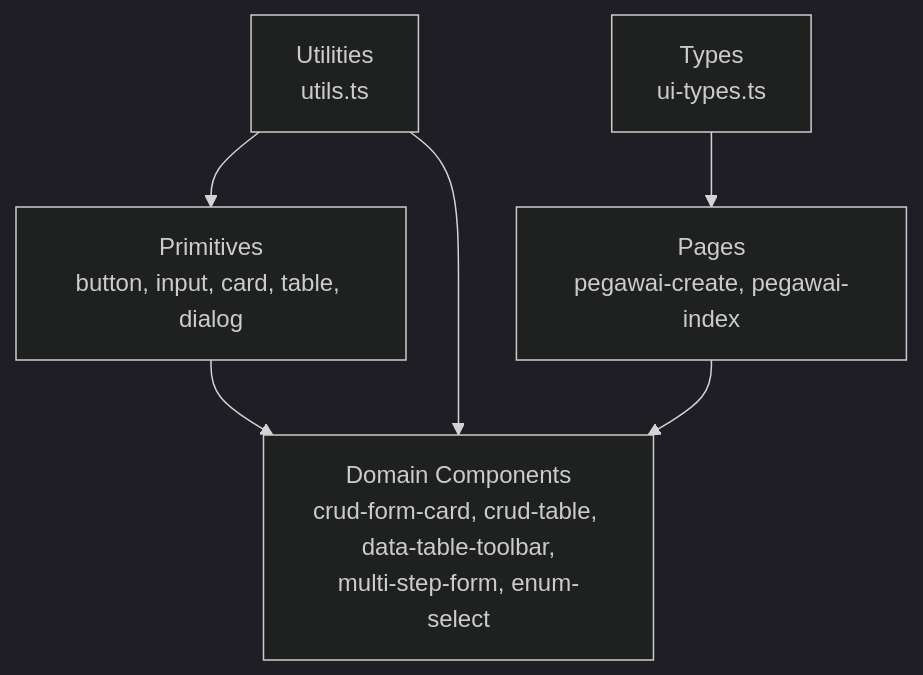
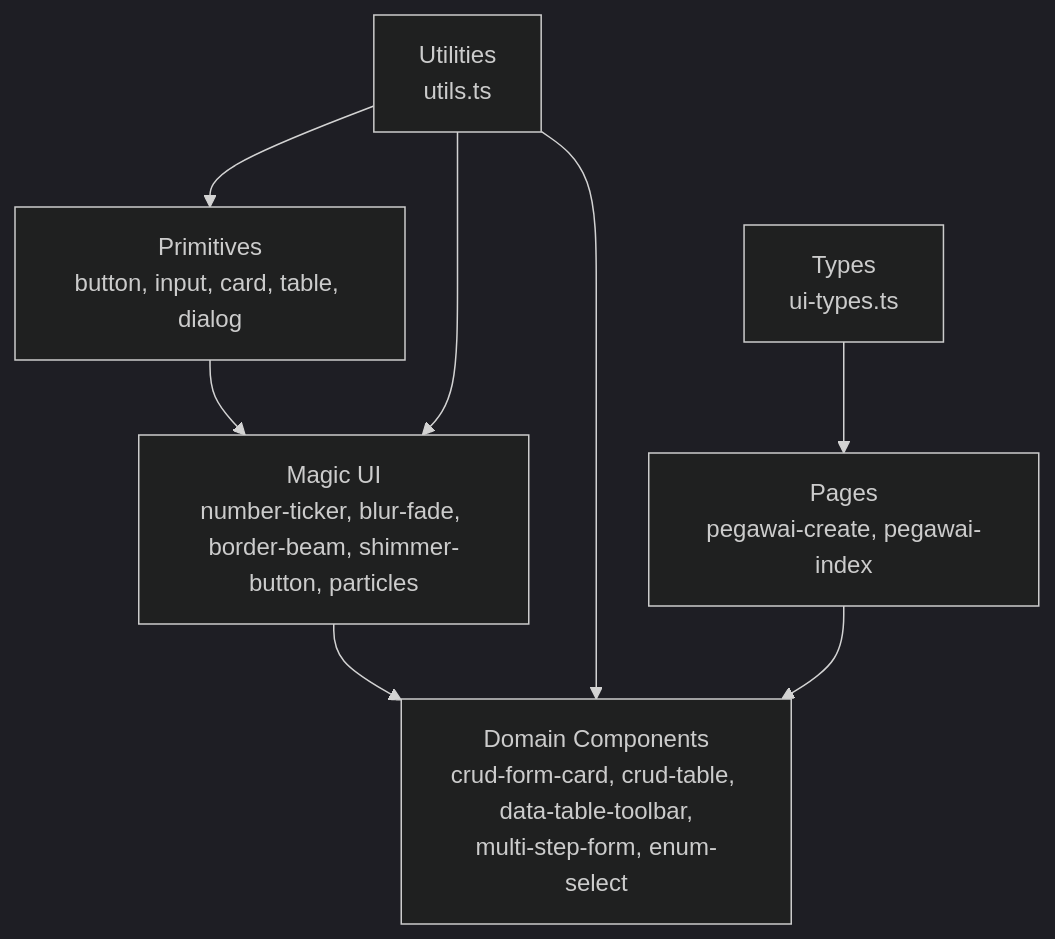
The second of 20 diagrams in .qoder/repowiki/en/content/Frontend Architecture/React Component System/React Component System.md (PA-Penajam/kepegawaian_apps), drawn with Mermaid (dark theme) before and after one commit. The commit also changed other lines of this file and 4 other files, not shown here.

First line of the commit message:
docs(repowiki): update frontend architecture wiki dengan Magic UI components

````diff
--- a/.qoder/repowiki/en/content/Frontend Architecture/React Component System/React Component System.md
+++ b/.qoder/repowiki/en/content/Frontend Architecture/React Component System/React Component System.md
@@ -183,13 +255,16 @@
 ```mermaid
 graph TB
 PRIM["Primitives<br/>button, input, card, table, dialog"]
+MAGIC["Magic UI<br/>number-ticker, blur-fade, border-beam, shimmer-button, particles"]
 DOMAIN["Domain Components<br/>crud-form-card, crud-table, data-table-toolbar,<br/>multi-step-form, enum-select"]
 PAGE["Pages<br/>pegawai-create, pegawai-index"]
 UTIL["Utilities<br/>utils.ts"]
 TYPES["Types<br/>ui-types.ts"]
-PRIM --> DOMAIN
+PRIM --> MAGIC
+MAGIC --> DOMAIN
 UTIL --> PRIM
+UTIL --> MAGIC
 UTIL --> DOMAIN
 TYPES --> PAGE
 PAGE --> DOMAIN
 ```
````
